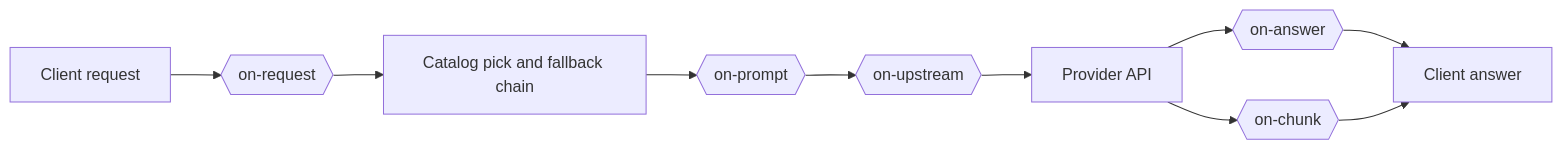
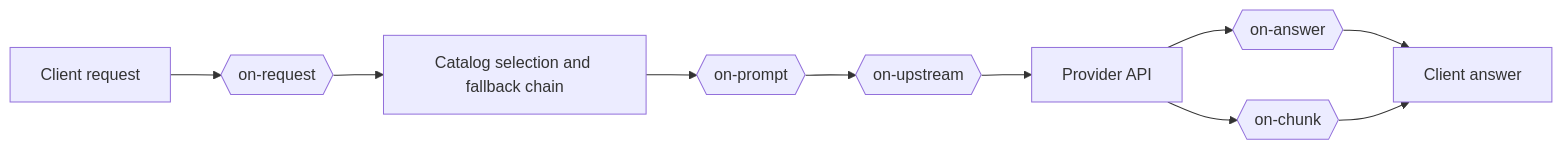
One commit to nemoe7/daedalus changed the first of 2 diagrams in docs/hooks.md. Above: the diagram before and after it, drawn with Mermaid. The commit also changed other lines of this file and 53 other files, not shown here.

````diff
--- a/docs/hooks.md
+++ b/docs/hooks.md
@@ -40,12 +40,12 @@
 ```mermaid
 flowchart LR
   A[Client request] --> B{{on-request}}
-  B --> C[Catalog pick and fallback chain]
+  B --> C[Catalog selection and fallback chain]
   C --> P{{on-prompt}}
   P --> D{{on-upstream}}
   D --> E[Provider API]
   E --> F{{on-answer}}
   F --> G[Client answer]
   E --> N{{on-chunk}}
   N --> G
 ```
````
